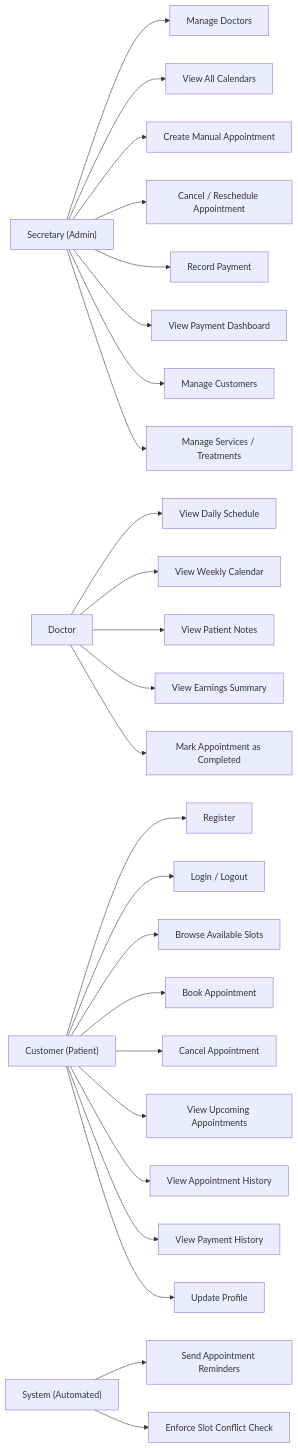
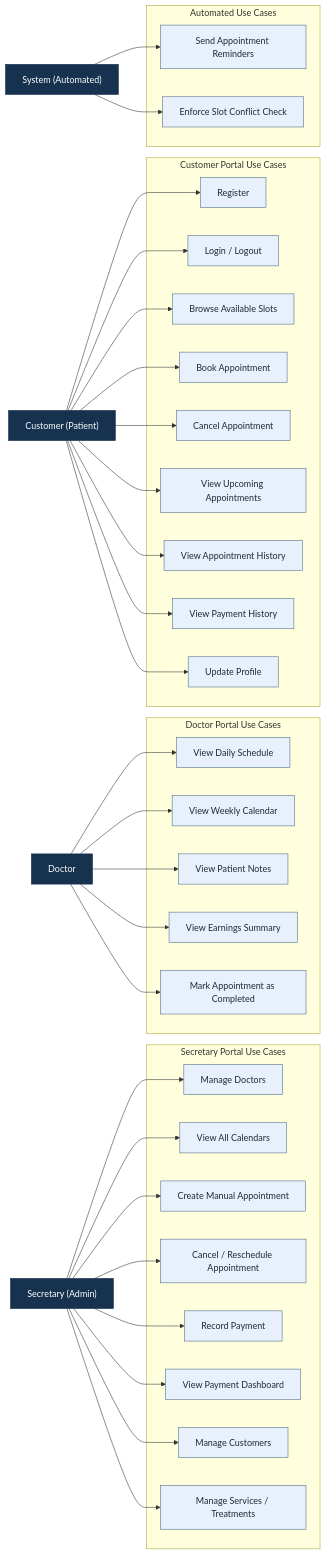
Before and after one commit to 1sevvalyesilyurt/dentacare: the first of 7 diagrams in Dental_Rapor.md, drawn with Mermaid. The commit also changed other lines of this file, not shown here.

Commit message:
docs(diagrams): add visual mermaid diagrams to Dental_Rapor.md

````diff
--- a/Dental_Rapor.md
+++ b/Dental_Rapor.md
@@ -112,63 +112,76 @@
 ```mermaid
 flowchart LR
     Secretary["Secretary (Admin)"]
     Doctor["Doctor"]
     Customer["Customer (Patient)"]
     System["System (Automated)"]
 
-    UC_S02["Manage Doctors"]
-    UC_S03["View All Calendars"]
-    UC_S04["Create Manual Appointment"]
-    UC_S05["Cancel / Reschedule Appointment"]
-    UC_S06["Record Payment"]
-    UC_S08["View Payment Dashboard"]
-    UC_S09["Manage Customers"]
-    UC_S10["Manage Services / Treatments"]
+    subgraph SEC["Secretary Portal Use Cases"]
+        UC_S02["Manage Doctors"]
+        UC_S03["View All Calendars"]
+        UC_S04["Create Manual Appointment"]
+        UC_S05["Cancel / Reschedule Appointment"]
+        UC_S06["Record Payment"]
+        UC_S08["View Payment Dashboard"]
+        UC_S09["Manage Customers"]
+        UC_S10["Manage Services / Treatments"]
+    end
 
-    UC_D02["View Daily Schedule"]
-    UC_D03["View Weekly Calendar"]
-    UC_D04["View Patient Notes"]
-    UC_D05["View Earnings Summary"]
-    UC_D06["Mark Appointment as Completed"]
+    subgraph DOC["Doctor Portal Use Cases"]
+        UC_D02["View Daily Schedule"]
+        UC_D03["View Weekly Calendar"]
+        UC_D04["View Patient Notes"]
+        UC_D05["View Earnings Summary"]
+        UC_D06["Mark Appointment as Completed"]
+    end
 
-    UC_C01["Register"]
-    UC_C02["Login / Logout"]
-    UC_C03["Browse Available Slots"]
-    UC_C04["Book Appointment"]
-    UC_C05["Cancel Appointment"]
-    UC_C06["View Upcoming Appointments"]
-    UC_C07["View Appointment History"]
-    UC_C08["View Payment History"]
-    UC_C09["Update Profile"]
+    subgraph CUS["Customer Portal Use Cases"]
+        UC_C01["Register"]
+        UC_C02["Login / Logout"]
+        UC_C03["Browse Available Slots"]
+        UC_C04["Book Appointment"]
+        UC_C05["Cancel Appointment"]
+        UC_C06["View Upcoming Appointments"]
+        UC_C07["View Appointment History"]
+        UC_C08["View Payment History"]
+        UC_C09["Update Profile"]
+    end
 
-    UC_SYS01["Send Appointment Reminders"]
-    UC_SYS02["Enforce Slot Conflict Check"]
+    subgraph SYS["Automated Use Cases"]
+        UC_SYS01["Send Appointment Reminders"]
+        UC_SYS02["Enforce Slot Conflict Check"]
+    end
 
     Secretary --> UC_S02
     Secretary --> UC_S03
     Secretary --> UC_S04
     Secretary --> UC_S05
     Secretary --> UC_S06
     Secretary --> UC_S08
     Secretary --> UC_S09
     Secretary --> UC_S10
 
     Doctor --> UC_D02
     Doctor --> UC_D03
     Doctor --> UC_D04
     Doctor --> UC_D05
     Doctor --> UC_D06
 
     Customer --> UC_C01
     Customer --> UC_C02
     Customer --> UC_C03
     Customer --> UC_C04
     Customer --> UC_C05
     Customer --> UC_C06
     Customer --> UC_C07
     Customer --> UC_C08
     Customer --> UC_C09
 
     System --> UC_SYS01
     System --> UC_SYS02
+
+    classDef actor fill:#16324f,color:#ffffff,stroke:#16324f,stroke-width:1px;
+    classDef usecase fill:#e8f0fb,color:#1a2b3c,stroke:#4b6b8a,stroke-width:1px;
+    class Secretary,Doctor,Customer,System actor;
+    class UC_S02,UC_S03,UC_S04,UC_S05,UC_S06,UC_S08,UC_S09,UC_S10,UC_D02,UC_D03,UC_D04,UC_D05,UC_D06,UC_C01,UC_C02,UC_C03,UC_C04,UC_C05,UC_C06,UC_C07,UC_C08,UC_C09,UC_SYS01,UC_SYS02 usecase;
 ```
````
